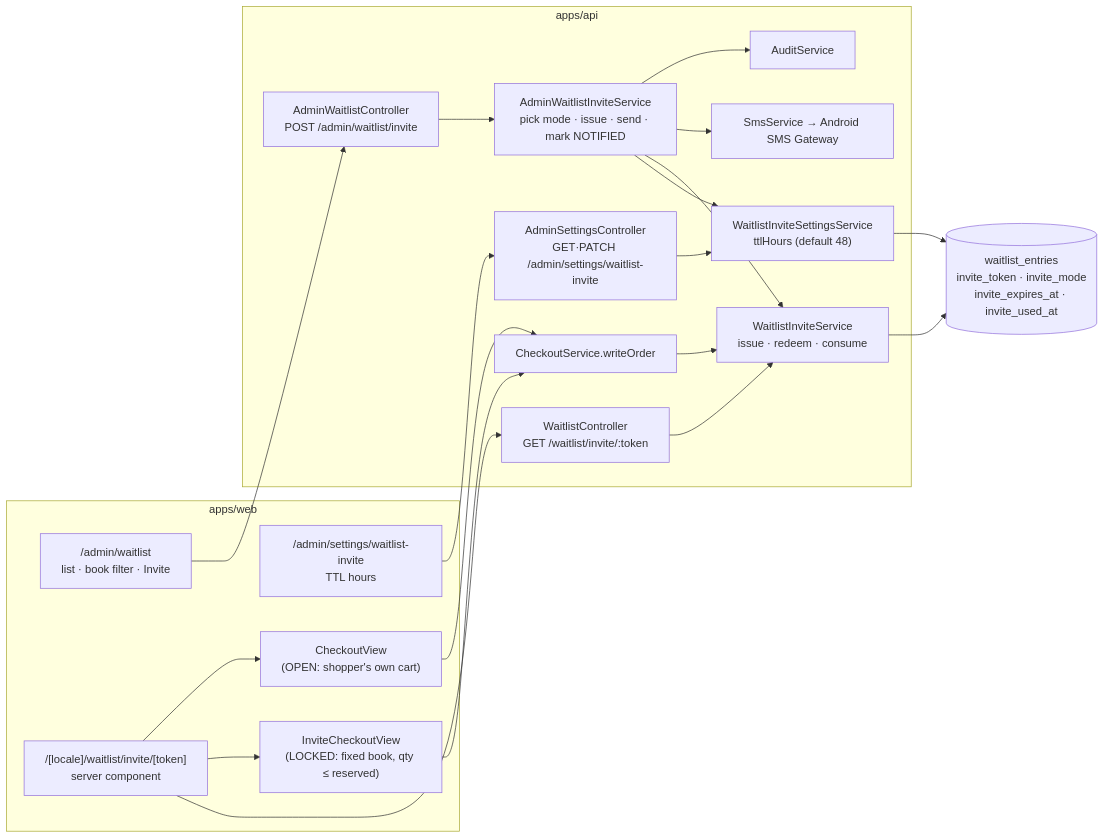
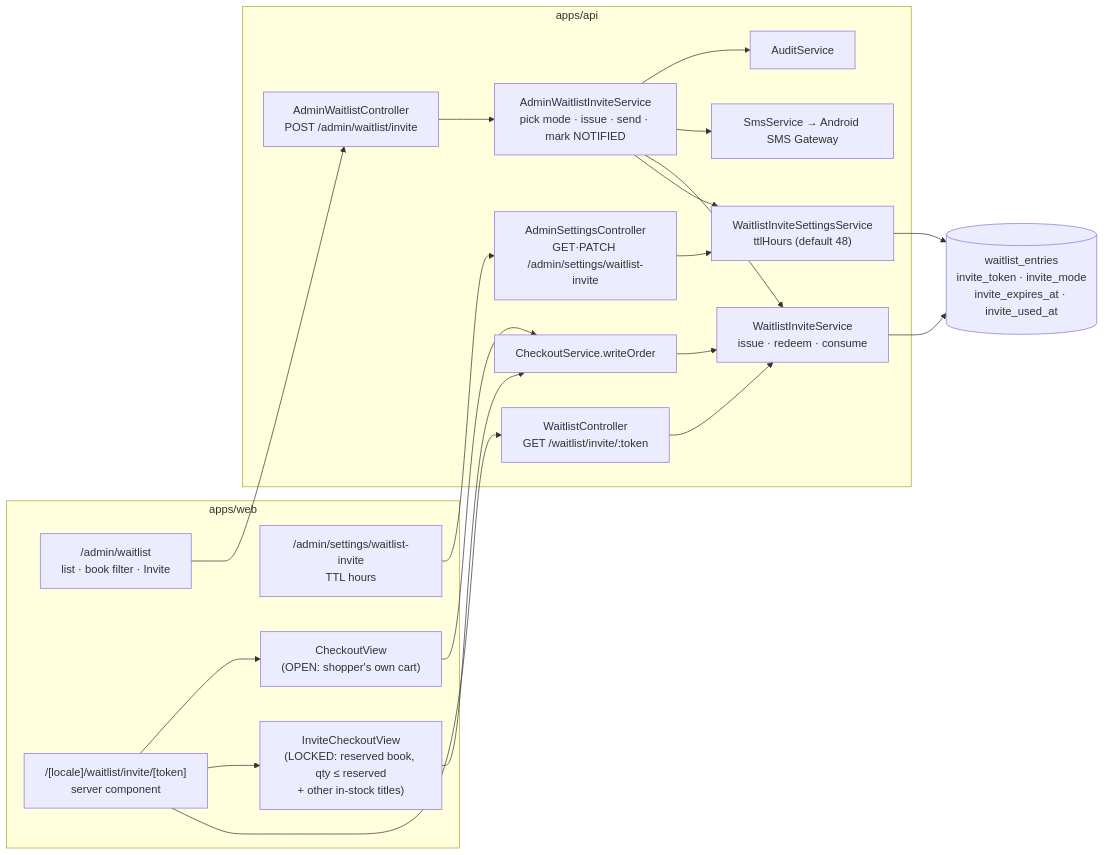
The first of 3 diagrams in docs/waitlist-invite-flow.md (mrahmann0010/Sakura-Book), drawn with Mermaid before and after one commit. The commit also changed other lines of this file and 10 other files, not shown here.

````diff
--- a/docs/waitlist-invite-flow.md
+++ b/docs/waitlist-invite-flow.md
@@ -12,39 +12,39 @@
 ```mermaid
 flowchart LR
   subgraph web["apps/web"]
     AdminList["/admin/waitlist<br/>list · book filter · Invite"]
     AdminTtl["/admin/settings/waitlist-invite<br/>TTL hours"]
     Landing["/[locale]/waitlist/invite/[token]<br/>server component"]
-    LockedView["InviteCheckoutView<br/>(LOCKED: fixed book, qty ≤ reserved)"]
+    LockedView["InviteCheckoutView<br/>(LOCKED: reserved book, qty ≤ reserved<br/>+ other in-stock titles)"]
     OpenView["CheckoutView<br/>(OPEN: shopper's own cart)"]
   end
 
   subgraph api["apps/api"]
     AdminCtl["AdminWaitlistController<br/>POST /admin/waitlist/invite"]
     SettingsCtl["AdminSettingsController<br/>GET·PATCH /admin/settings/waitlist-invite"]
     InviteSvc["AdminWaitlistInviteService<br/>pick mode · issue · send · mark NOTIFIED"]
     TokenSvc["WaitlistInviteService<br/>issue · redeem · consume"]
     TtlSvc["WaitlistInviteSettingsService<br/>ttlHours (default 48)"]
     Sms["SmsService → Android SMS Gateway"]
     PublicCtl["WaitlistController<br/>GET /waitlist/invite/:token"]
     Checkout["CheckoutService.writeOrder"]
     Audit["AuditService"]
   end
 
   DB[("waitlist_entries<br/>invite_token · invite_mode<br/>invite_expires_at · invite_used_at")]
 
   AdminList --> AdminCtl --> InviteSvc
   AdminTtl --> SettingsCtl --> TtlSvc
   InviteSvc --> TtlSvc
   InviteSvc --> TokenSvc
   InviteSvc --> Sms
   InviteSvc --> Audit
   TokenSvc --> DB
   TtlSvc --> DB
   Landing --> PublicCtl --> TokenSvc
   Landing --> LockedView
   Landing --> OpenView
   LockedView --> Checkout
   OpenView --> Checkout
   Checkout --> TokenSvc
 ```
````
